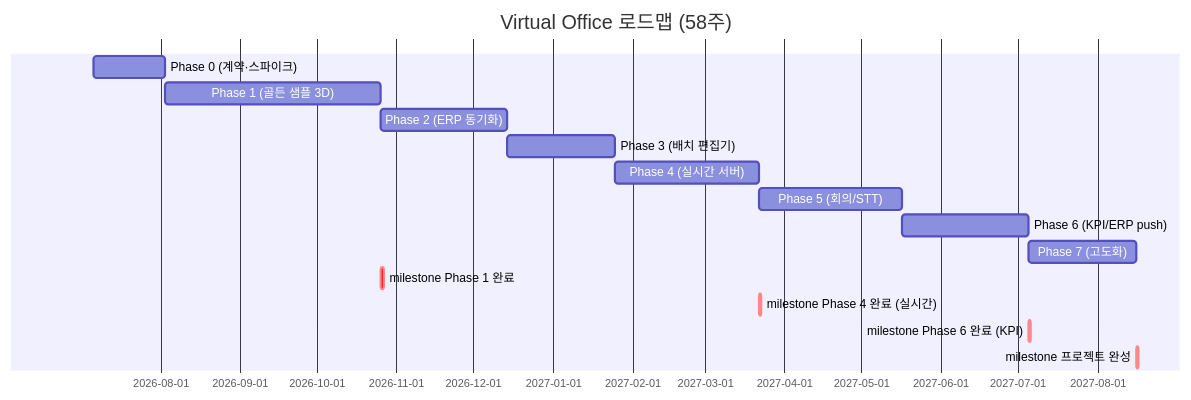
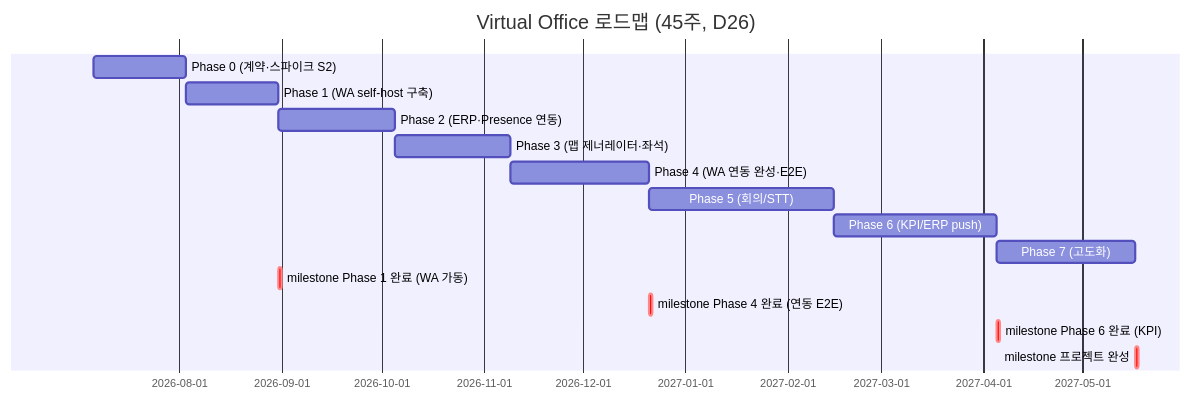
Before and after one commit to choiwjun/virtualoffice_new: the second of 2 diagrams in docs/planning/10-roadmap.md, drawn with Mermaid. The commit also changed other lines of this file and 3 other files, not shown here.

````diff
--- a/docs/planning/10-roadmap.md
+++ b/docs/planning/10-roadmap.md
@@ -1058,19 +1056,19 @@
 ```mermaid
 gantt
-    title Virtual Office 로드맵 (58주)
+    title Virtual Office 로드맵 (45주, D26)
     dateFormat YYYY-MM-DD
 
-    Phase 0 (계약·스파이크) :p0, 2026-07-06, 28d
-    Phase 1 (골든 샘플 3D)  :p1, after p0, 84d
-    Phase 2 (ERP 동기화)    :p2, after p1, 49d
-    Phase 3 (배치 편집기)   :p3, after p2, 42d
-    Phase 4 (실시간 서버)   :p4, after p3, 56d
-    Phase 5 (회의/STT)      :p5, after p4, 56d
-    Phase 6 (KPI/ERP push)  :p6, after p5, 49d
-    Phase 7 (고도화)        :p7, after p6, 42d
+    Phase 0 (계약·스파이크 S2)      :p0, 2026-07-06, 28d
+    Phase 1 (WA self-host 구축)     :p1, after p0, 28d
+    Phase 2 (ERP·Presence 연동)     :p2, after p1, 35d
+    Phase 3 (맵 제너레이터·좌석)    :p3, after p2, 35d
+    Phase 4 (WA 연동 완성·E2E)      :p4, after p3, 42d
+    Phase 5 (회의/STT)              :p5, after p4, 56d
+    Phase 6 (KPI/ERP push)          :p6, after p5, 49d
+    Phase 7 (고도화)                :p7, after p6, 42d
 
-    milestone Phase 1 완료 :crit, m1, 2026-10-26, 1d
-    milestone Phase 4 완료 (실시간) :crit, m4, 2027-03-22, 1d
-    milestone Phase 6 완료 (KPI) :crit, m6, 2027-07-05, 1d
-    milestone 프로젝트 완성 :crit, m7, 2027-08-16, 1d
+    milestone Phase 1 완료 (WA 가동) :crit, m1, 2026-08-31, 1d
+    milestone Phase 4 완료 (연동 E2E) :crit, m4, 2026-12-21, 1d
+    milestone Phase 6 완료 (KPI) :crit, m6, 2027-04-05, 1d
+    milestone 프로젝트 완성 :crit, m7, 2027-05-17, 1d
 ```
````
